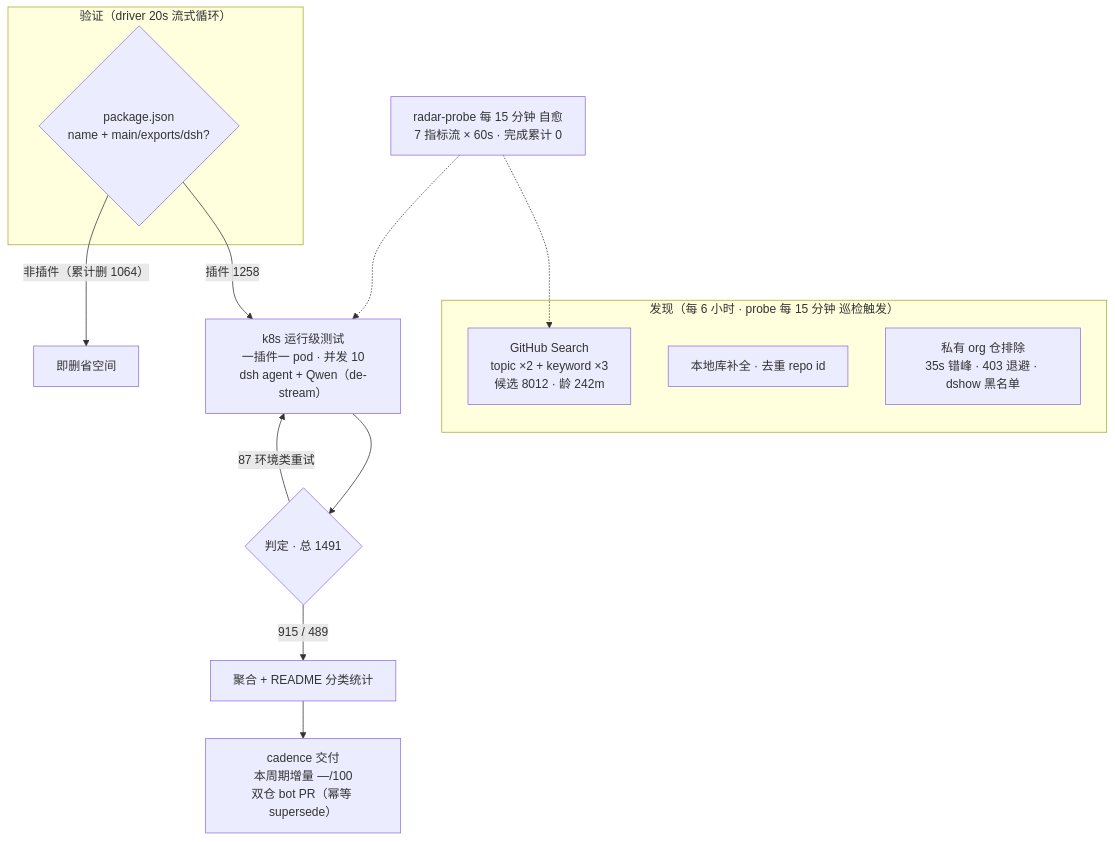
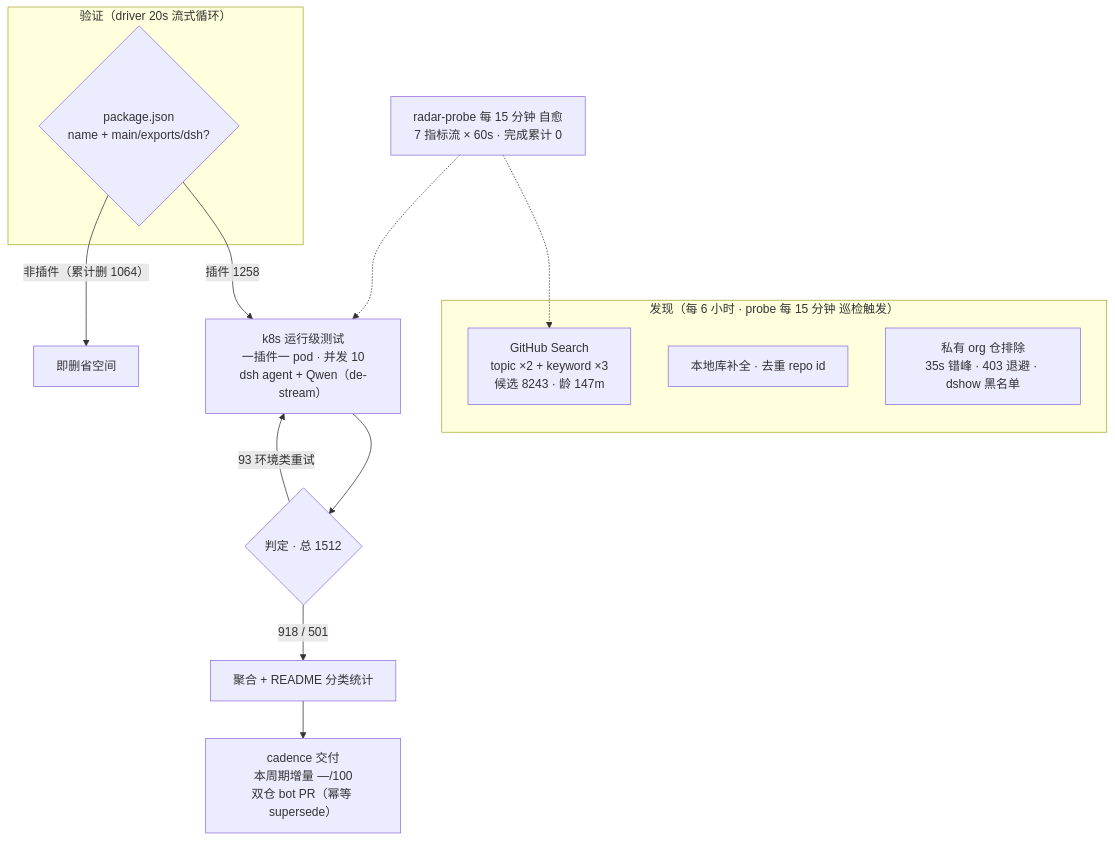
The diagram in README.md (Zhidao-Lab-OSS/awesome-dsh-plugins), drawn with Mermaid before and after one commit. The commit also changed other lines of this file and 1 other file, not shown here.

````diff
--- a/README.md
+++ b/README.md
@@ -30,19 +30,19 @@
 ```mermaid
 flowchart TB
     subgraph Discovery[" 发现（每 6 小时 · probe 每 15 分钟 巡检触发）"]
-        A1["GitHub Search<br/>topic ×2 + keyword ×3<br/>候选 8012 · 龄 242m"]
+        A1["GitHub Search<br/>topic ×2 + keyword ×3<br/>候选 8243 · 龄 147m"]
         A2["本地库补全 · 去重 repo id"]
         A3[" 私有 org 仓排除<br/>35s 错峰 · 403 退避 · dshow 黑名单"]
     end
     subgraph Validation[" 验证（driver 20s 流式循环）"]
         B1{"package.json<br/>name + main/exports/dsh?"}
     end
     B1 -->|"插件 1258"| C1["k8s 运行级测试<br/>一插件一 pod · 并发 10<br/>dsh agent + Qwen（de-stream）"]
     B1 -->|"非插件（累计删 1064）"| B3[" 即删省空间"]
-    C1 --> D1{"判定 · 总 1491"}
-    D1 -->|" 915 /  489"| E1["聚合 + README 分类统计"]
-    D1 -->|" 87 环境类重试"| C1
+    C1 --> D1{"判定 · 总 1512"}
+    D1 -->|" 918 /  501"| E1["聚合 + README 分类统计"]
+    D1 -->|" 93 环境类重试"| C1
     E1 --> E2["cadence 交付<br/>本周期增量 —/100<br/>双仓 bot PR（幂等 supersede）"]
     M[" radar-probe 每 15 分钟 自愈<br/>7 指标流 × 60s · 完成累计 0"] -.-> A1
     M -.-> C1
 ```
````
